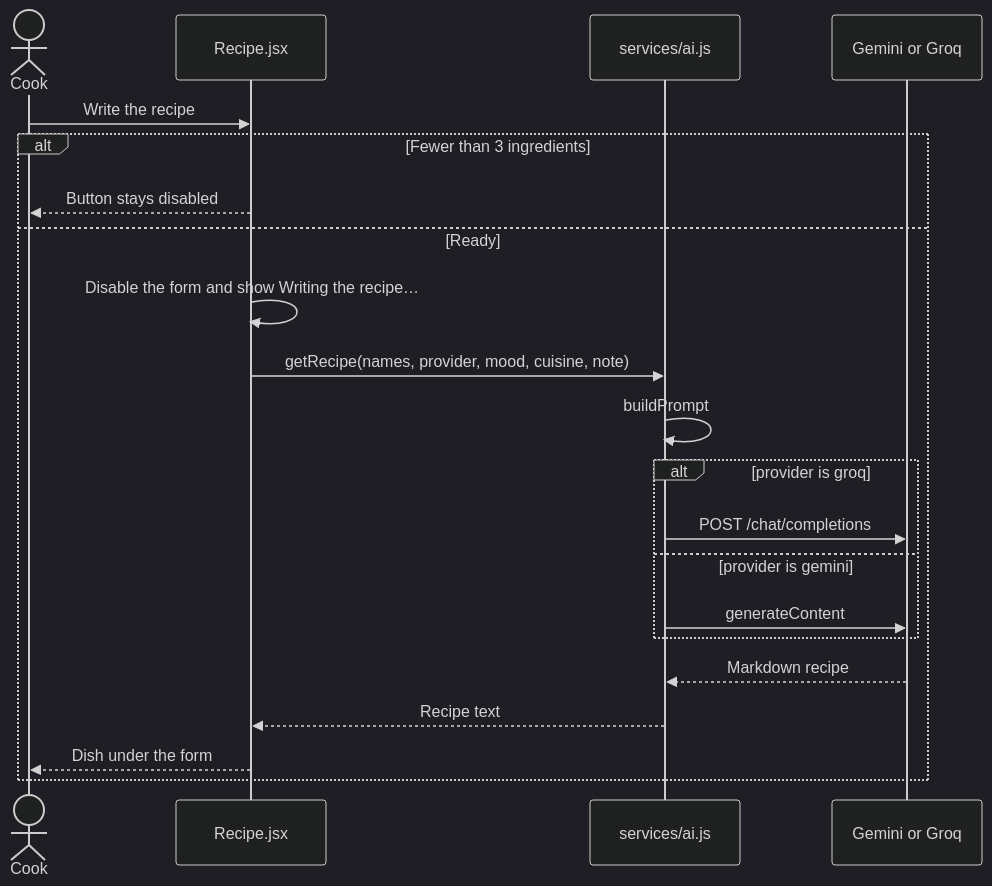
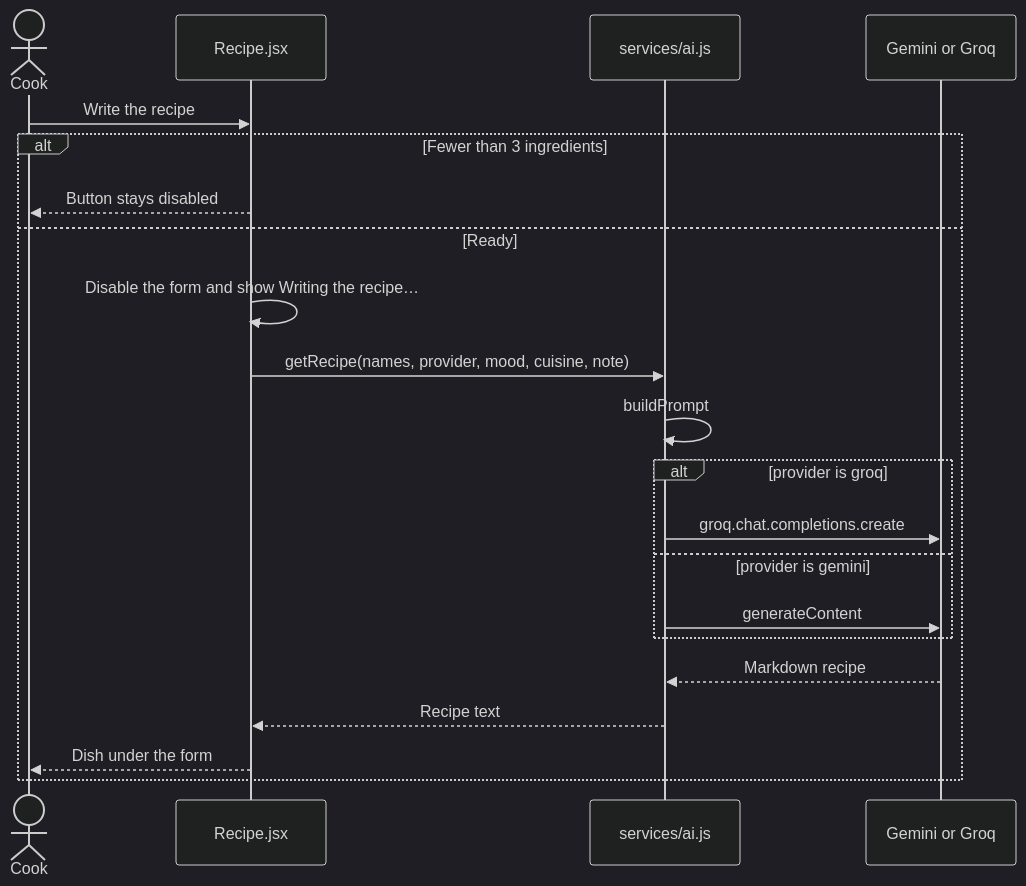
Before and after one commit to baldemoussa/AI-cooking-assistant: the second of 3 diagrams in documentation.md, drawn with Mermaid (dark theme). The commit also changed other lines of this file and 4 other files, not shown here.

````diff
--- a/documentation.md
+++ b/documentation.md
@@ -42,24 +42,24 @@
 ```mermaid
 sequenceDiagram
   actor Cook
   participant Page as Recipe.jsx
   participant Service as services/ai.js
   participant Model as Gemini or Groq
 
   Cook->>Page: Write the recipe
   alt Fewer than 3 ingredients
     Page-->>Cook: Button stays disabled
   else Ready
     Page->>Page: Disable the form and show Writing the recipe…
     Page->>Service: getRecipe(names, provider, mood, cuisine, note)
     Service->>Service: buildPrompt
     alt provider is groq
-      Service->>Model: POST /chat/completions
+      Service->>Model: groq.chat.completions.create
     else provider is gemini
       Service->>Model: generateContent
     end
     Model-->>Service: Markdown recipe
     Service-->>Page: Recipe text
     Page-->>Cook: Dish under the form
   end
 ```
````
